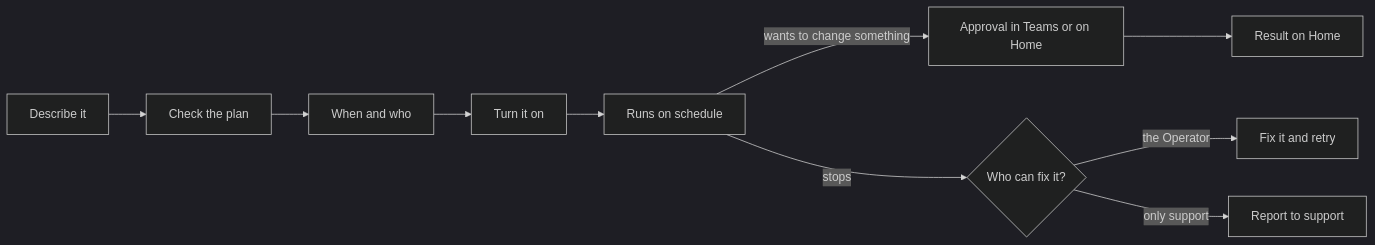
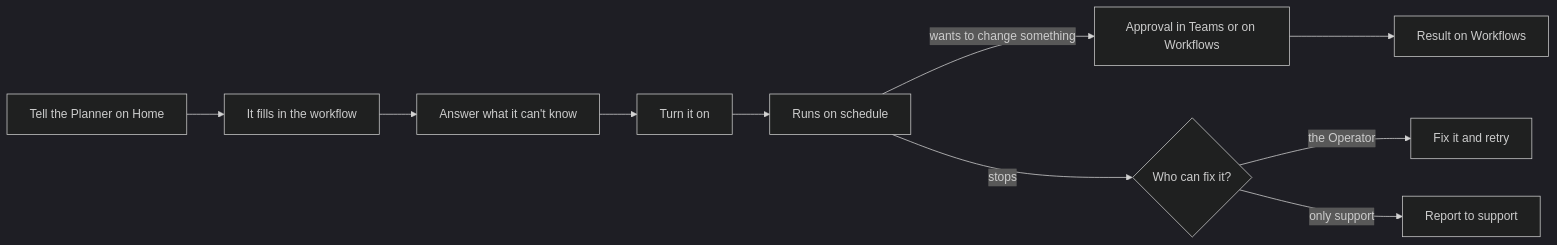
Before and after one commit to qj1e7/ai-agent-workflow-builder: the diagram in docs/design/portal-routines.md, drawn with Mermaid (dark theme). The commit also changed other lines of this file and 77 other files, not shown here.

First line of the commit message:
docs(builder): make Home the Planner's chat box, replacing New workflow (ADR 0037)

````diff
--- a/docs/design/portal-routines.md
+++ b/docs/design/portal-routines.md
@@ -80,10 +88,10 @@
 ```mermaid
 flowchart LR
-  A[Describe it] --> B[Check the plan] --> C[When and who] --> D[Turn it on]
+  A[Tell the Planner on Home] --> B[It fills in the workflow] --> C[Answer what it can't know] --> D[Turn it on]
   D --> E[Runs on schedule]
-  E -->|wants to change something| F[Approval in Teams or on Home]
-  F --> G[Result on Home]
+  E -->|wants to change something| F[Approval in Teams or on Workflows]
+  F --> G[Result on Workflows]
   E -->|stops| H{Who can fix it?}
   H -->|the Operator| I[Fix it and retry]
   H -->|only support| J[Report to support]
 ```
````
